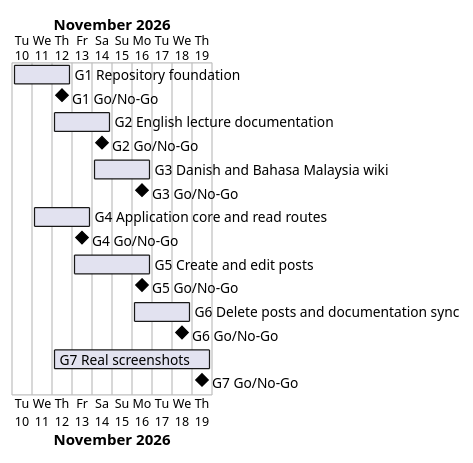
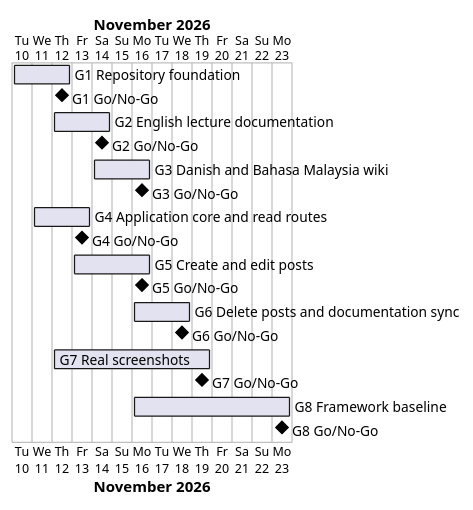
One commit to Tirsvad-Udemy-100-days-of-code/067-blog-capstone-part-3 changed the diagram in docs/project-plan.md. Above: the diagram before and after it, drawn with PlantUML. The commit also changed other lines of this file and 15 other files, not shown here.

First line of the commit message:
MIL-008: bring the project to the framework baseline

````diff
--- a/docs/project-plan.md
+++ b/docs/project-plan.md
@@ -42,19 +47,21 @@
 ```plantuml
 @startgantt
 Project starts 2026-11-10
 [G1 Repository foundation] starts 2026-11-10 and ends 2026-11-12
 [G1 Go/No-Go] happens 2026-11-12
 [G2 English lecture documentation] starts 2026-11-12 and ends 2026-11-14
 [G2 Go/No-Go] happens 2026-11-14
 [G3 Danish and Bahasa Malaysia wiki] starts 2026-11-14 and ends 2026-11-16
 [G3 Go/No-Go] happens 2026-11-16
 [G4 Application core and read routes] starts 2026-11-11 and ends 2026-11-13
 [G4 Go/No-Go] happens 2026-11-13
 [G5 Create and edit posts] starts 2026-11-13 and ends 2026-11-16
 [G5 Go/No-Go] happens 2026-11-16
 [G6 Delete posts and documentation sync] starts 2026-11-16 and ends 2026-11-18
 [G6 Go/No-Go] happens 2026-11-18
 [G7 Real screenshots] starts 2026-11-12 and ends 2026-11-19
 [G7 Go/No-Go] happens 2026-11-19
+[G8 Framework baseline] starts 2026-11-16 and ends 2026-11-23
+[G8 Go/No-Go] happens 2026-11-23
 @endgantt
 ```
````
